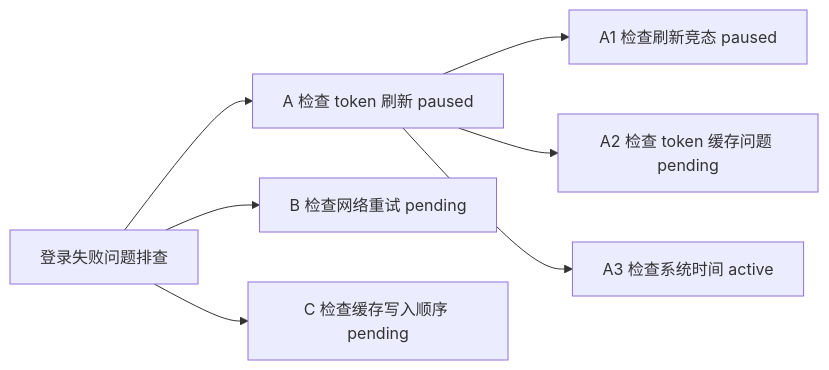
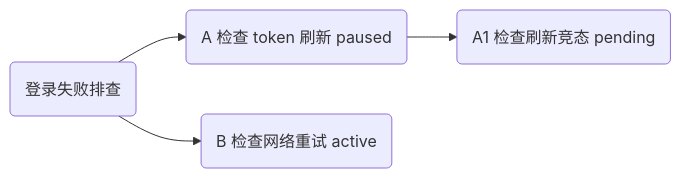
One commit to tang0758/trailmap-skill changed the diagram in docs/USAGE.zh-CN.md. Above: the diagram before and after it, drawn with Mermaid. The commit also changed other lines of this file and 18 other files, not shown here.

````diff
--- a/docs/USAGE.zh-CN.md
+++ b/docs/USAGE.zh-CN.md
@@ -441,5 +206,5 @@
 ```mermaid
 graph LR
-  root["登录失败问题排查"] --> A["A 检查 token 刷新 paused"] & B["B 检查网络重试 pending"] & C["C 检查缓存写入顺序 pending"]
-  A --> A1["A1 检查刷新竞态 paused"] & A2["A2 检查 token 缓存问题 pending"] & A3["A3 检查系统时间 active"]
+  root("登录失败排查") --> A("A 检查 token 刷新 paused") & B("B 检查网络重试 active")
+  A --> A1("A1 检查刷新竞态 pending")
 ```
````
